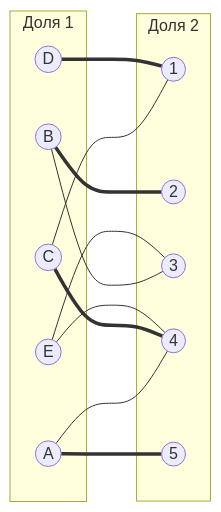
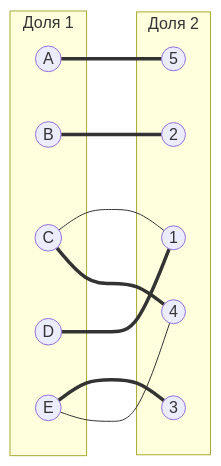
One commit to algos-ris-24-3/manual-tasks changed the third of 12 diagrams in Задание 8/girls.md. Above: the diagram before and after it, drawn with Mermaid.

Commit message:
girls.md

````diff
--- a/Задание 8/girls.md
+++ b/Задание 8/girls.md
@@ -119,26 +119,24 @@
 ```mermaid
 graph LR
     subgraph "Доля 1"
         A((A))
         B((B))
         C((C))
         D((D))
         E((E))
     end
     subgraph "Доля 2"
         1((1))
         2((2))
         3((3))
         4((4))
         5((5))
     end
     A === 5
-    A --- 4
     B === 2
-    B --- 3
     C --- 1
     C === 4
     D === 1
-    E --- 3
+    E === 3
     E --- 4
 ```
````
